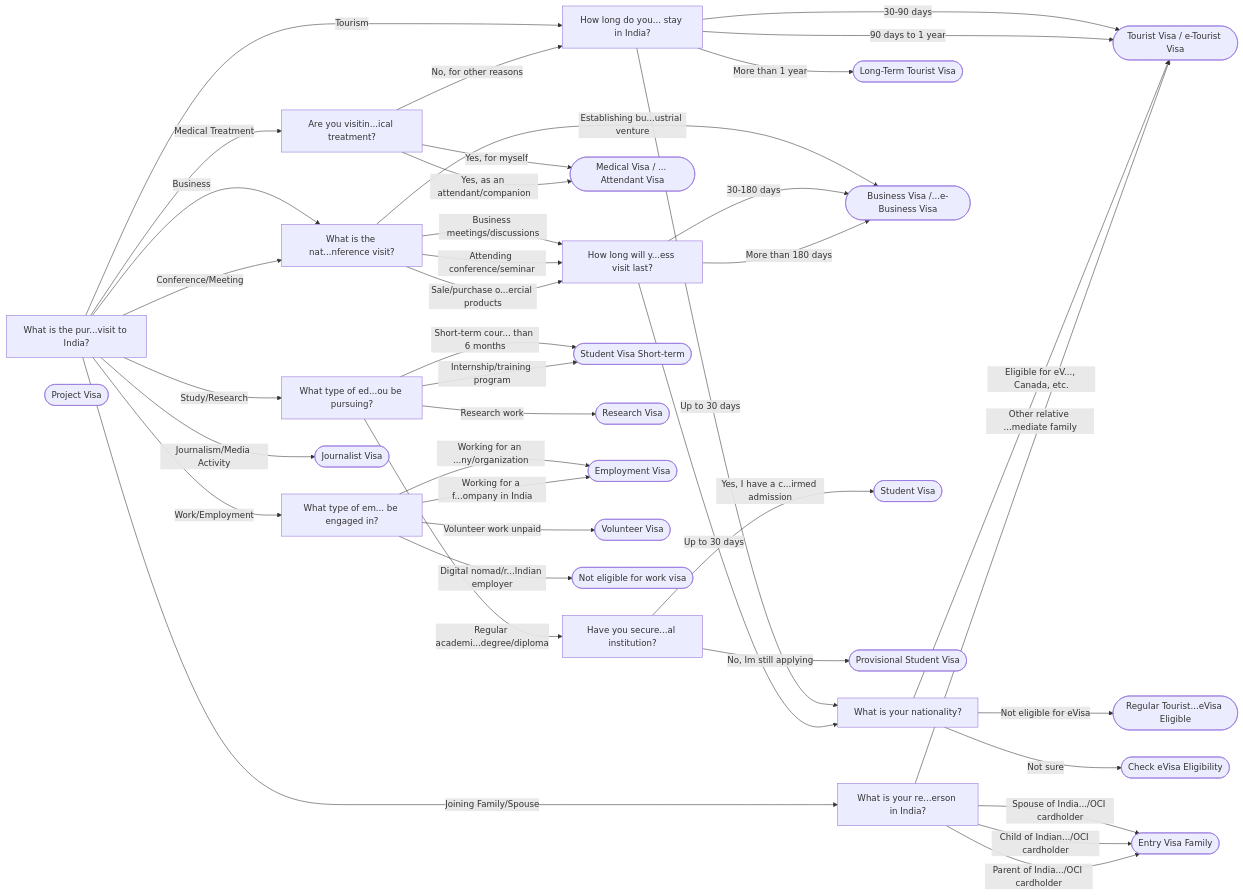
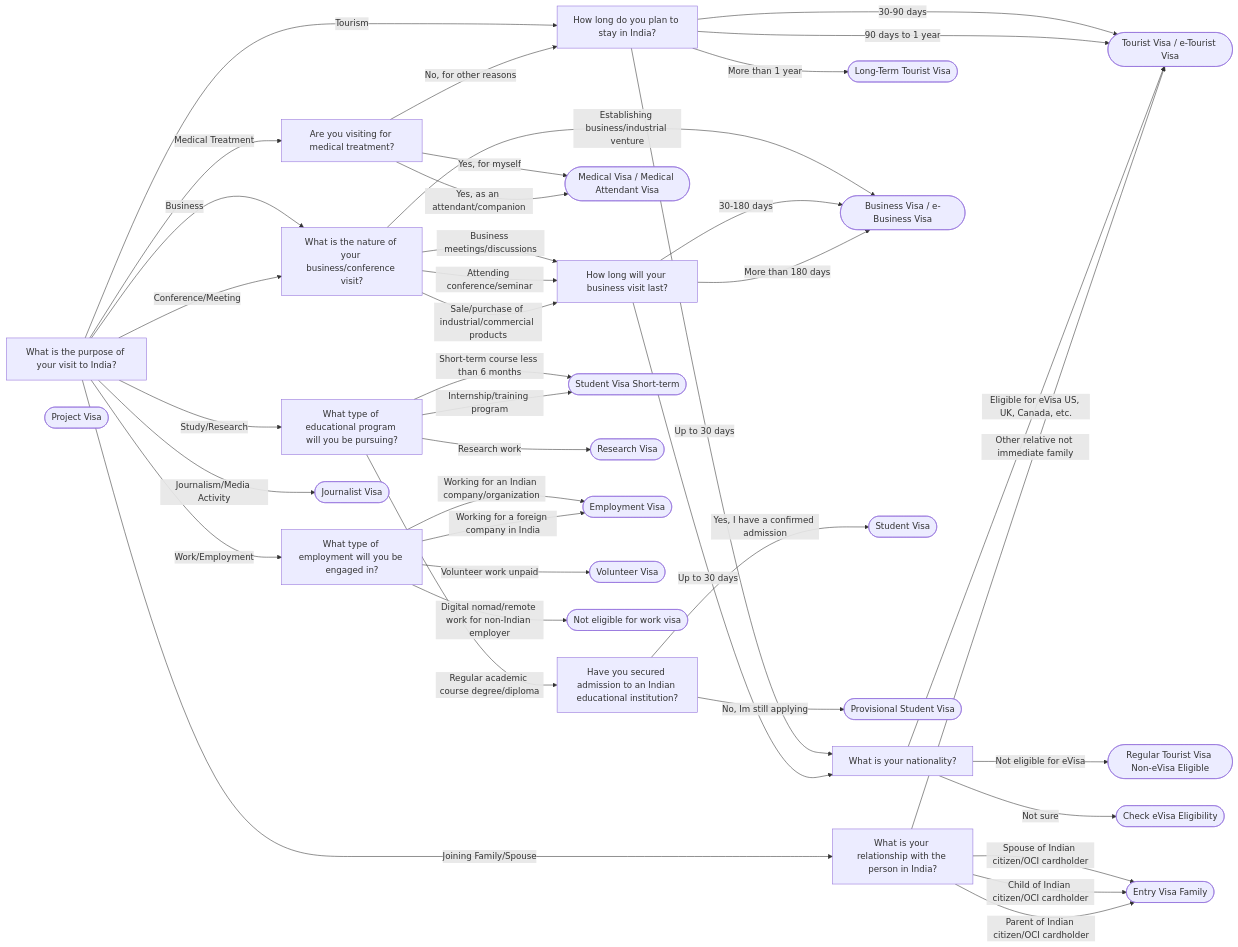
One commit to cloudy-native/visacheatsheet.com changed the diagram in doc/trees/india.md. Above: the diagram before and after it, drawn with Mermaid. The commit also changed 16 other files, not shown here.

Commit message:
Fix tree graphs

````diff
--- a/doc/trees/india.md
+++ b/doc/trees/india.md
@@ -3,68 +3,68 @@
 ```mermaid
 flowchart LR
-    q1["What is the pur...visit to India?"]
+    q1["What is the purpose of your visit to India?"]
     q1 -->|Tourism| q2
     q1 -->|Business| q3
     q1 -->|Medical Treatment| q4
     q1 -->|Study/Research| q5
     q1 -->|Work/Employment| q7
     q1 -->|Joining Family/Spouse| q10
     q1 -->|Conference/Meeting| q3
     q1 -->|Journalism/Media Activity| r8
-    q2["How long do you... stay in India?"]
+    q2["How long do you plan to stay in India?"]
     q2 -->|Up to 30 days| q8
     q2 -->|30-90 days| r1
     q2 -->|90 days to 1 year| r1
     q2 -->|More than 1 year| r3
-    q3["What is the nat...nference visit?"]
+    q3["What is the nature of your business/conference visit?"]
     q3 -->|Business meetings/discussions| q9
     q3 -->|Attending conference/seminar| q9
-    q3 -->|Establishing bu...ustrial venture| r2
-    q3 -->|Sale/purchase o...ercial products| q9
-    q4["Are you visitin...ical treatment?"]
+    q3 -->|Establishing business/industrial venture| r2
+    q3 -->|Sale/purchase of industrial/commercial products| q9
+    q4["Are you visiting for medical treatment?"]
     q4 -->|Yes, for myself| r4
     q4 -->|Yes, as an attendant/companion| r4
     q4 -->|No, for other reasons| q2
-    q5["What type of ed...ou be pursuing?"]
-    q5 -->|Regular academi...degree/diploma| q6
-    q5 -->|Short-term cour... than 6 months| r6
+    q5["What type of educational program will you be pursuing?"]
+    q5 -->|Regular academic course degree/diploma| q6
+    q5 -->|Short-term course less than 6 months| r6
     q5 -->|Research work| r7
     q5 -->|Internship/training program| r6
-    q6["Have you secure...al institution?"]
-    q6 -->|Yes, I have a c...irmed admission| r5
+    q6["Have you secured admission to an Indian educational institution?"]
+    q6 -->|Yes, I have a confirmed admission| r5
     q6 -->|No, Im still applying| r9
-    q7["What type of em... be engaged in?"]
-    q7 -->|Working for an ...ny/organization| r10
-    q7 -->|Working for a f...ompany in India| r10
+    q7["What type of employment will you be engaged in?"]
+    q7 -->|Working for an Indian company/organization| r10
+    q7 -->|Working for a foreign company in India| r10
     q7 -->|Volunteer work unpaid| r12
-    q7 -->|Digital nomad/r...Indian employer| r14
+    q7 -->|Digital nomad/remote work for non-Indian employer| r14
     q8["What is your nationality?"]
-    q8 -->|Eligible for eV..., Canada, etc.| r1
+    q8 -->|Eligible for eVisa US, UK, Canada, etc.| r1
     q8 -->|Not eligible for eVisa| r15
     q8 -->|Not sure| r16
-    q9["How long will y...ess visit last?"]
+    q9["How long will your business visit last?"]
     q9 -->|Up to 30 days| q8
     q9 -->|30-180 days| r2
     q9 -->|More than 180 days| r2
-    q10["What is your re...erson in India?"]
-    q10 -->|Spouse of India.../OCI cardholder| r11
-    q10 -->|Child of Indian.../OCI cardholder| r11
-    q10 -->|Parent of India.../OCI cardholder| r11
-    q10 -->|Other relative ...mediate family| r1
+    q10["What is your relationship with the person in India?"]
+    q10 -->|Spouse of Indian citizen/OCI cardholder| r11
+    q10 -->|Child of Indian citizen/OCI cardholder| r11
+    q10 -->|Parent of Indian citizen/OCI cardholder| r11
+    q10 -->|Other relative not immediate family| r1
     r1(["Tourist Visa / e-Tourist Visa"])
-    r2(["Business Visa /...e-Business Visa"])
+    r2(["Business Visa / e-Business Visa"])
     r3(["Long-Term Tourist Visa"])
-    r4(["Medical Visa / ... Attendant Visa"])
+    r4(["Medical Visa / Medical Attendant Visa"])
     r5(["Student Visa"])
     r6(["Student Visa Short-term"])
     r7(["Research Visa"])
     r8(["Journalist Visa"])
     r9(["Provisional Student Visa"])
     r10(["Employment Visa"])
     r11(["Entry Visa Family"])
     r12(["Volunteer Visa"])
     r13(["Project Visa"])
     r14(["Not eligible for work visa"])
-    r15(["Regular Tourist...eVisa Eligible"])
+    r15(["Regular Tourist Visa Non-eVisa Eligible"])
     r16(["Check eVisa Eligibility"])
 ```
````
